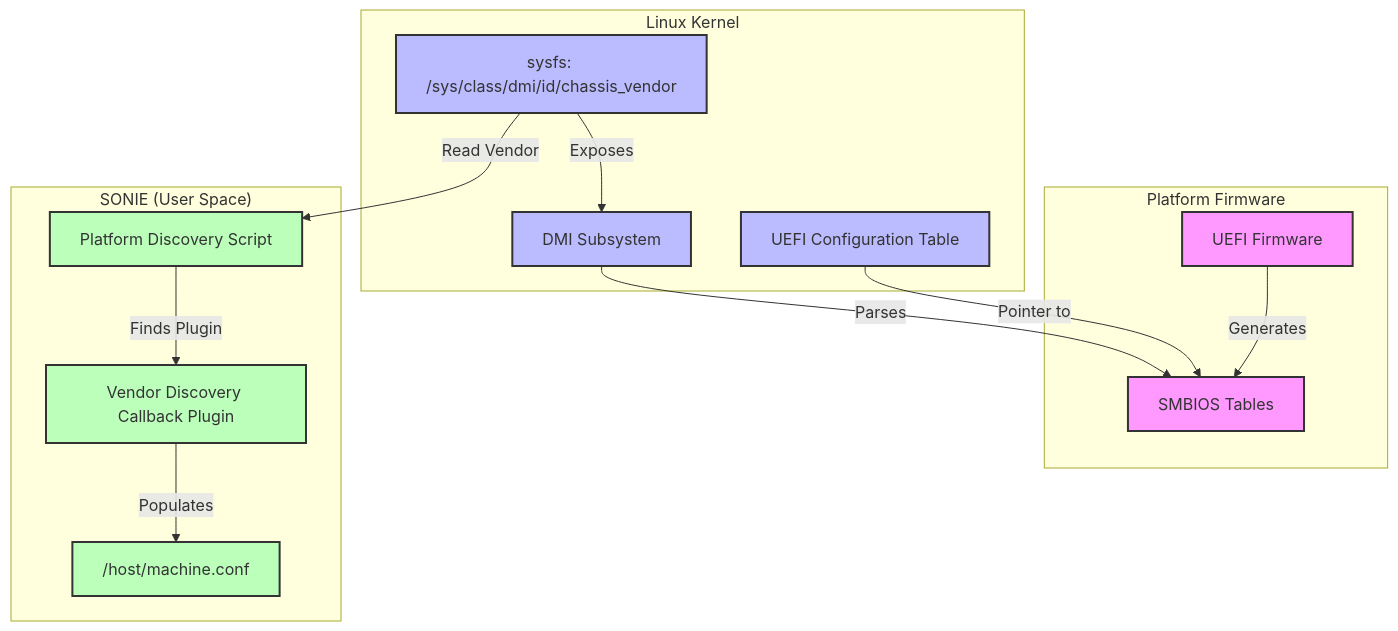
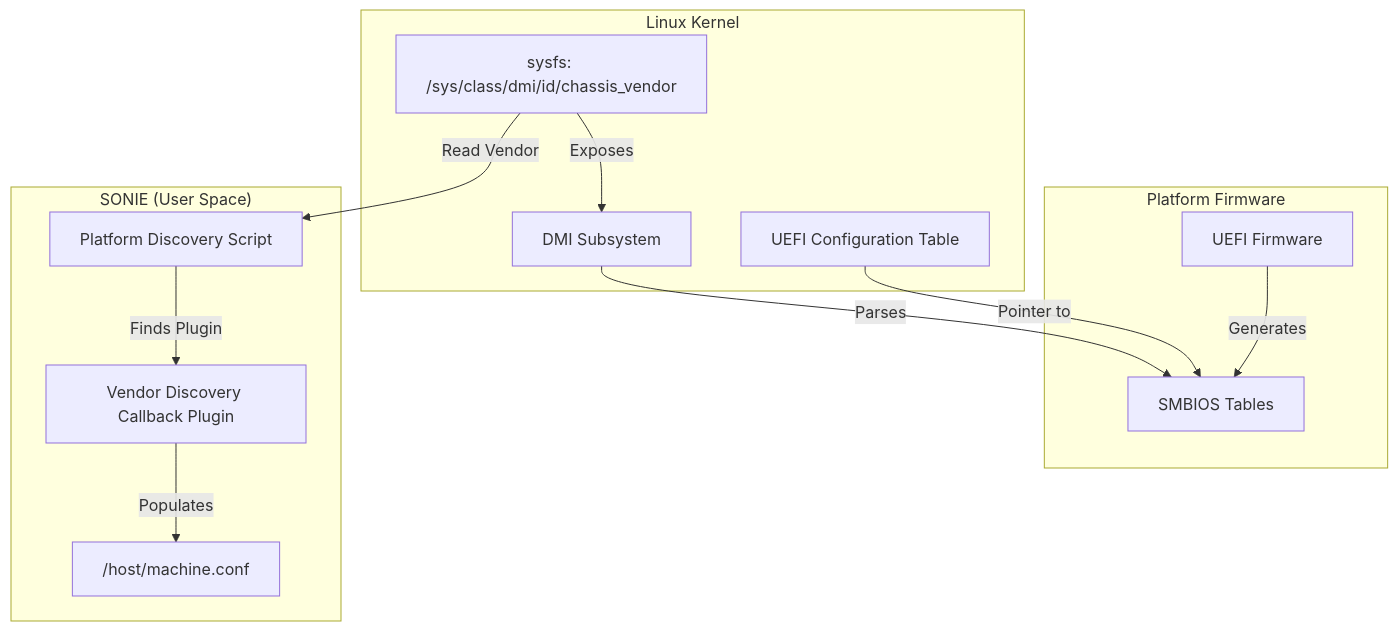
The first of 2 diagrams in installer/docs/machine_conf_smbios_hld.md (sonic-net/sonic-buildimage), drawn with Mermaid before and after one commit.

Commit message:
docs: make mermaid diagram compatible with GitHub dark mode

````diff
--- a/installer/docs/machine_conf_smbios_hld.md
+++ b/installer/docs/machine_conf_smbios_hld.md
@@ -34,26 +34,18 @@
 ```mermaid
 graph TD
-    classDef firmware fill:#f9f,stroke:#333,stroke-width:2px;
-    classDef kernel fill:#bbf,stroke:#333,stroke-width:2px;
-    classDef userspace fill:#bfb,stroke:#333,stroke-width:2px;
-
     subgraph Firmware ["Platform Firmware"]
         UEFI[UEFI Firmware] -->|Generates| SMB[SMBIOS Tables]
     end
 
     subgraph Kernel ["Linux Kernel"]
         CFG[UEFI Configuration Table] -->|Pointer to| SMB
         DMI[DMI Subsystem] -->|Parses| SMB
         SYS["sysfs: /sys/class/dmi/id/chassis_vendor"] -->|Exposes| DMI
     end
 
     subgraph UserSpace ["SONIE (User Space)"]
         SYS -->|Read Vendor| SCR[Platform Discovery Script]
         SCR -->|Finds Plugin| CB[Vendor Discovery Callback Plugin]
         CB -->|Populates| CONF["/host/machine.conf"]
     end
-
-    class UEFI,SMB firmware;
-    class CFG,DMI,SYS kernel;
-    class SCR,CB,CONF userspace;
 ```
````
